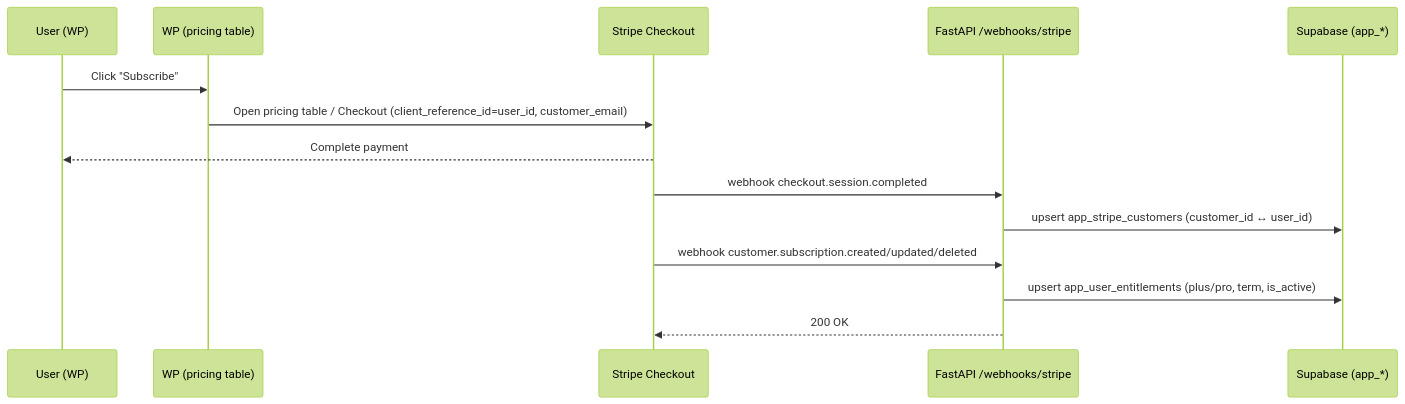
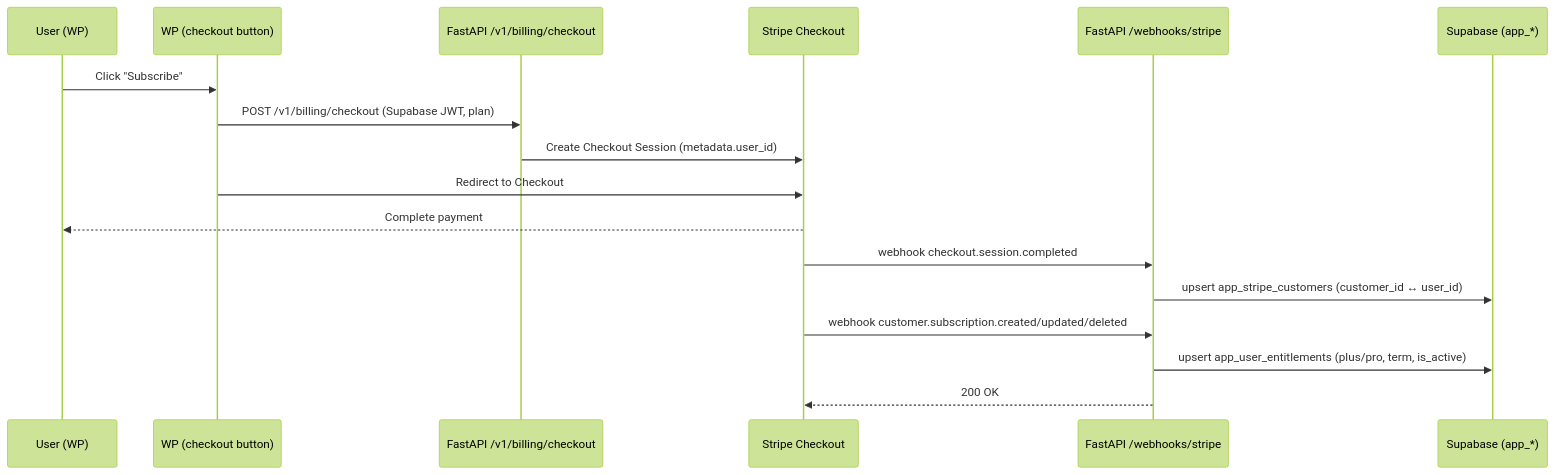
Before and after one commit to GaiaEyesHQ/gaiaeyes-backend: the fifth of 6 diagrams in docs/ARCHITECTURE.md, drawn with Mermaid (forest theme). The commit also changed other lines of this file and 25 other files, not shown here.

Commit message:
New subscription stripe login id passing system

````diff
--- a/docs/ARCHITECTURE.md
+++ b/docs/ARCHITECTURE.md
@@ -87,17 +88,20 @@
 ```mermaid
 sequenceDiagram
   participant U as User (WP)
-  participant WP as WP (pricing table)
+  participant WP as WP (checkout button)
+  participant API as FastAPI /v1/billing/checkout
   participant Stripe as Stripe Checkout
-  participant API as FastAPI /webhooks/stripe
+  participant WH as FastAPI /webhooks/stripe
   participant DB as Supabase (app_*)
 
   U->>WP: Click "Subscribe"
-  WP->>Stripe: Open pricing table / Checkout (client_reference_id=user_id, customer_email)
+  WP->>API: POST /v1/billing/checkout (Supabase JWT, plan)
+  API->>Stripe: Create Checkout Session (metadata.user_id)
+  WP->>Stripe: Redirect to Checkout
   Stripe-->>U: Complete payment
-  Stripe->>API: webhook checkout.session.completed
-  API->>DB: upsert app_stripe_customers (customer_id ↔ user_id)
-  Stripe->>API: webhook customer.subscription.created/updated/deleted
-  API->>DB: upsert app_user_entitlements (plus/pro, term, is_active)
-  API-->>Stripe: 200 OK
+  Stripe->>WH: webhook checkout.session.completed
+  WH->>DB: upsert app_stripe_customers (customer_id ↔ user_id)
+  Stripe->>WH: webhook customer.subscription.created/updated/deleted
+  WH->>DB: upsert app_user_entitlements (plus/pro, term, is_active)
+  WH-->>Stripe: 200 OK
 ```
````
